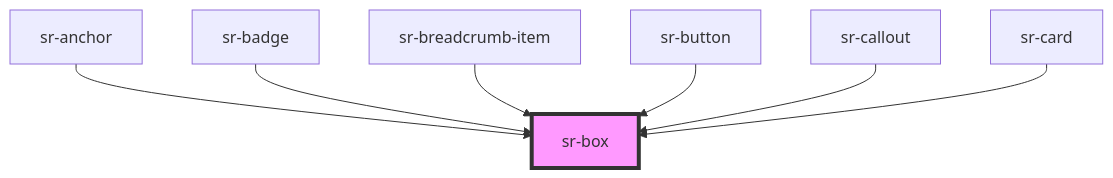
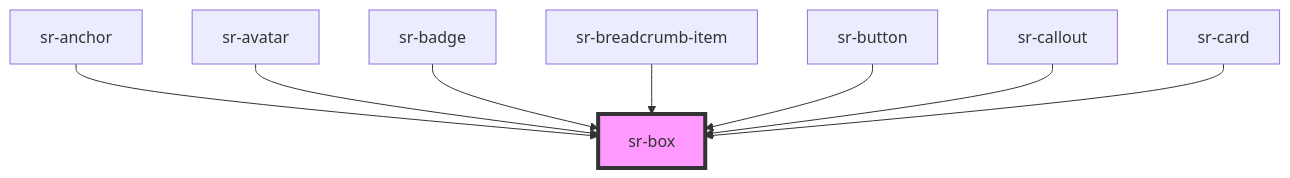
Before and after one commit to tonyblu331/spotify-replay-design-system: the diagram in src/components/primitives/sr-box/readme.md, drawn with Mermaid. The commit also changed other lines of this file and 11 other files, not shown here.

````diff
--- a/src/components/primitives/sr-box/readme.md
+++ b/src/components/primitives/sr-box/readme.md
@@ -65,10 +68,11 @@
 ```mermaid
 graph TD;
   sr-anchor --> sr-box
+  sr-avatar --> sr-box
   sr-badge --> sr-box
   sr-breadcrumb-item --> sr-box
   sr-button --> sr-box
   sr-callout --> sr-box
   sr-card --> sr-box
   style sr-box fill:#f9f,stroke:#333,stroke-width:4px
 ```
````
